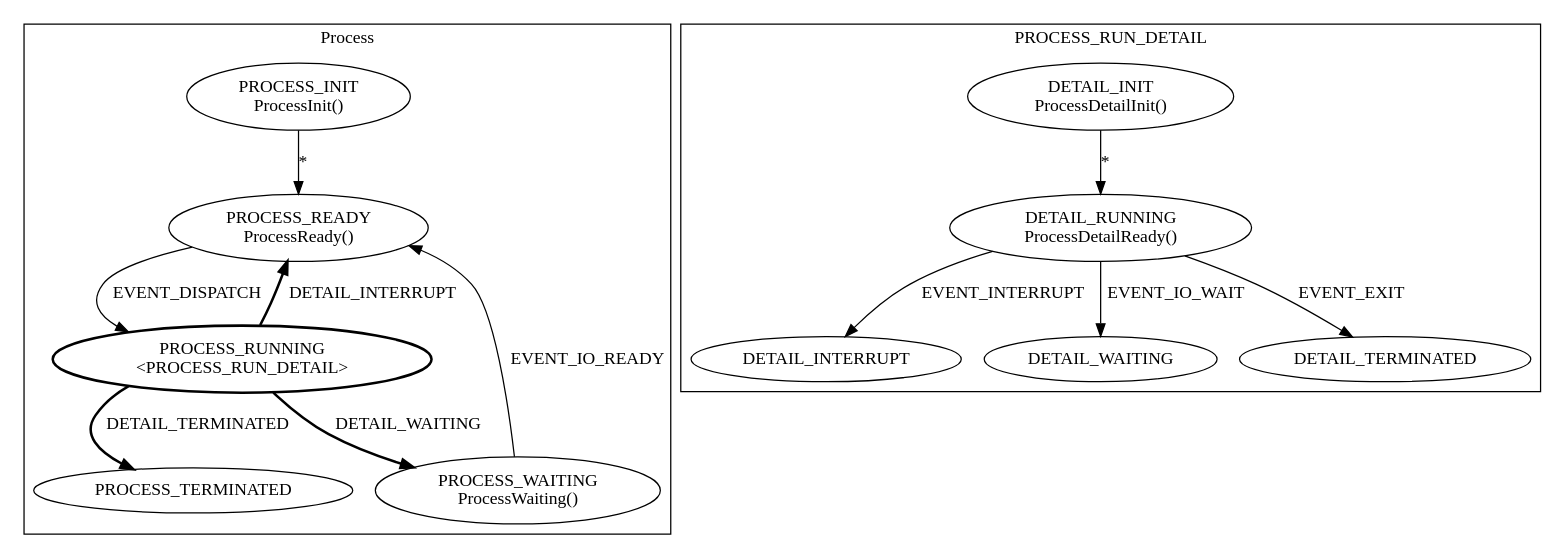
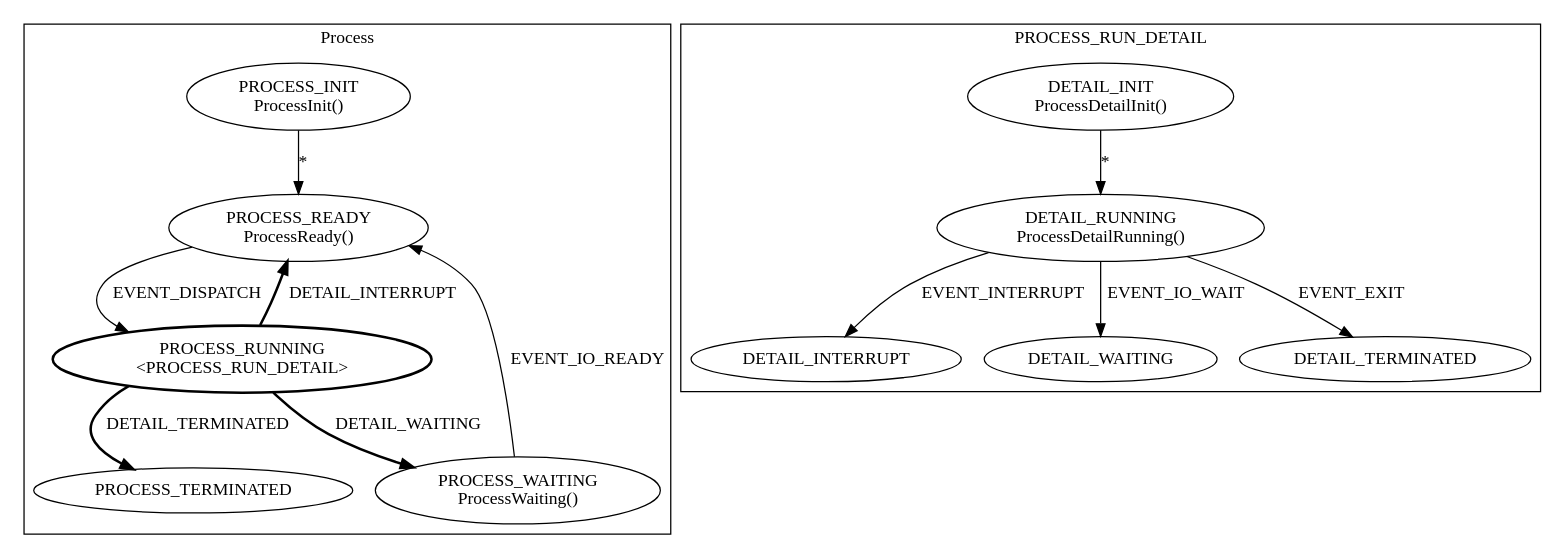
One commit to CoralloNet/HFSM changed the diagram in HFSM_Demo/bin/HFSM_Demo/process.dot. Above: the diagram before and after it, drawn with Graphviz. The commit also changed 10 other files, not shown here.

```diff
--- a/HFSM_Demo/bin/HFSM_Demo/process.dot
+++ b/HFSM_Demo/bin/HFSM_Demo/process.dot
@@ -1,33 +1,33 @@
 
 digraph {
 
 
 	subgraph cluster0 {
 		PROCESS_INIT[label="PROCESS_INIT\nProcessInit()\n"];
 		PROCESS_INIT -> PROCESS_READY[label="*"];
 		PROCESS_READY[label="PROCESS_READY\nProcessReady()\n"];
 		PROCESS_READY -> PROCESS_RUNNING[label="EVENT_DISPATCH"];
 		PROCESS_RUNNING[label="PROCESS_RUNNING\n<PROCESS_RUN_DETAIL>\n",style=bold];
 		PROCESS_RUNNING -> PROCESS_READY[label="DETAIL_INTERRUPT",style=bold];
 		PROCESS_RUNNING -> PROCESS_WAITING[label="DETAIL_WAITING",style=bold];
 		PROCESS_RUNNING -> PROCESS_TERMINATED[label="DETAIL_TERMINATED",style=bold];
+		PROCESS_WAITING[label="PROCESS_WAITING\nProcessWaiting()\n"];
+		PROCESS_WAITING -> PROCESS_READY[label="EVENT_IO_READY"];
 		label = "Process";
 	}
 
 
 	subgraph cluster1 {
-		PROCESS_WAITING[label="PROCESS_WAITING\nProcessWaiting()\n"];
-		PROCESS_WAITING -> PROCESS_READY[label="EVENT_IO_READY"];
 		DETAIL_INIT[label="DETAIL_INIT\nProcessDetailInit()\n"];
 		DETAIL_INIT -> DETAIL_RUNNING[label="*"];
-		DETAIL_RUNNING[label="DETAIL_RUNNING\nProcessDetailReady()\n"];
+		DETAIL_RUNNING[label="DETAIL_RUNNING\nProcessDetailRunning()\n"];
 		DETAIL_RUNNING -> DETAIL_INTERRUPT[label="EVENT_INTERRUPT"];
 		DETAIL_RUNNING -> DETAIL_WAITING[label="EVENT_IO_WAIT"];
 		DETAIL_RUNNING -> DETAIL_TERMINATED[label="EVENT_EXIT"];
 		DETAIL_INTERRUPT[label="DETAIL_INTERRUPT\n"];
 		DETAIL_WAITING[label="DETAIL_WAITING\n"];
 		DETAIL_TERMINATED[label="DETAIL_TERMINATED\n"];
 		label = "PROCESS_RUN_DETAIL";
 	}
 
 }
```
